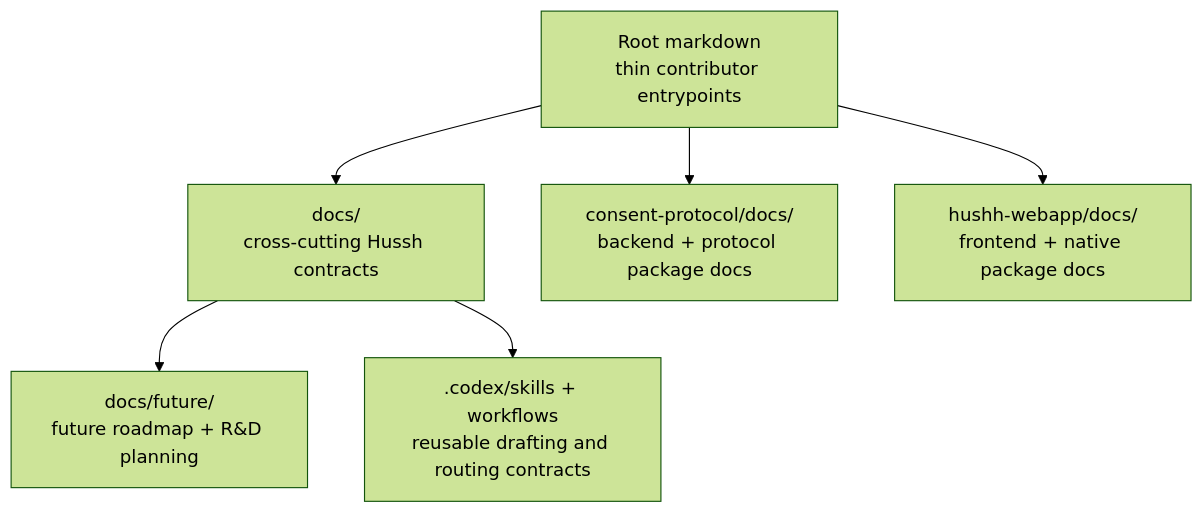
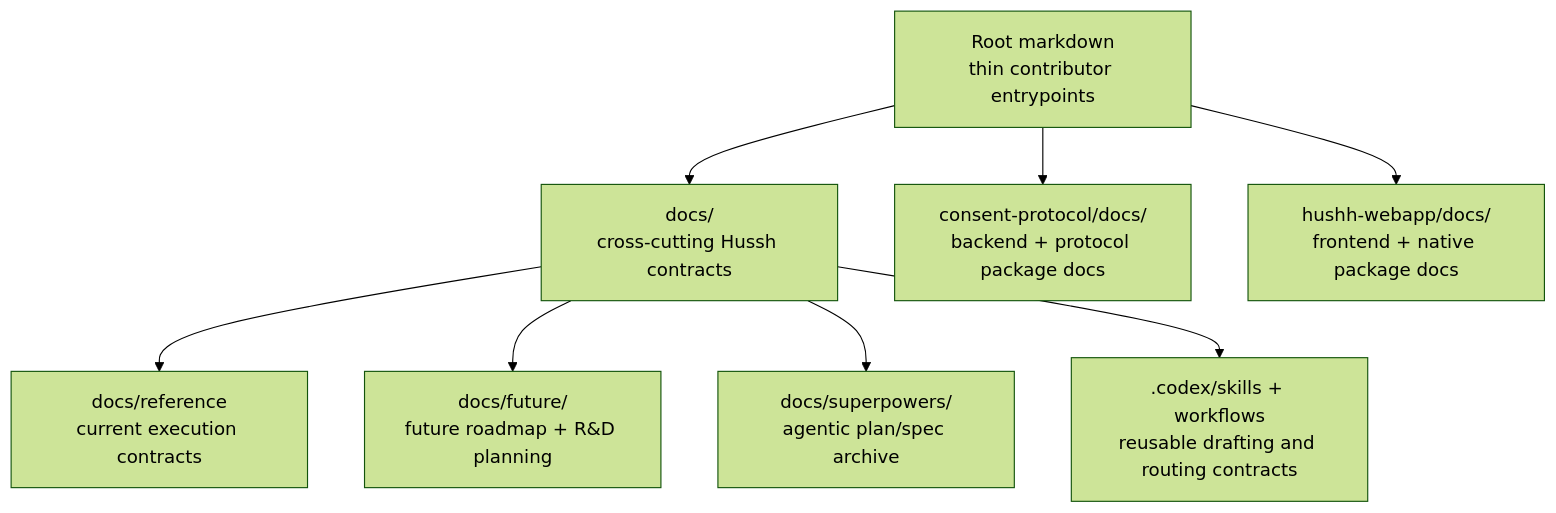
Before and after one commit to hushh-labs/hushh-research: the diagram in docs/reference/operations/documentation-architecture-map.md, drawn with Mermaid (forest theme). The commit also changed other lines of this file and 180 other files, not shown here.

````diff
--- a/docs/reference/operations/documentation-architecture-map.md
+++ b/docs/reference/operations/documentation-architecture-map.md
@@ -5,15 +5,19 @@
 ```mermaid
 flowchart TB
   root["Root markdown<br/>thin contributor entrypoints"]
   cross["docs/<br/>cross-cutting Hussh contracts"]
+  reference["docs/reference<br/>current execution contracts"]
   future["docs/future/<br/>future roadmap + R&D planning"]
+  superpowers["docs/superpowers/<br/>agentic plan/spec archive"]
   protocol["consent-protocol/docs/<br/>backend + protocol package docs"]
   webapp["hushh-webapp/docs/<br/>frontend + native package docs"]
   skills[".codex/skills + workflows<br/>reusable drafting and routing contracts"]
 
   root --> cross
+  cross --> reference
   cross --> future
+  cross --> superpowers
   root --> protocol
   root --> webapp
   cross --> skills
 ```
````
